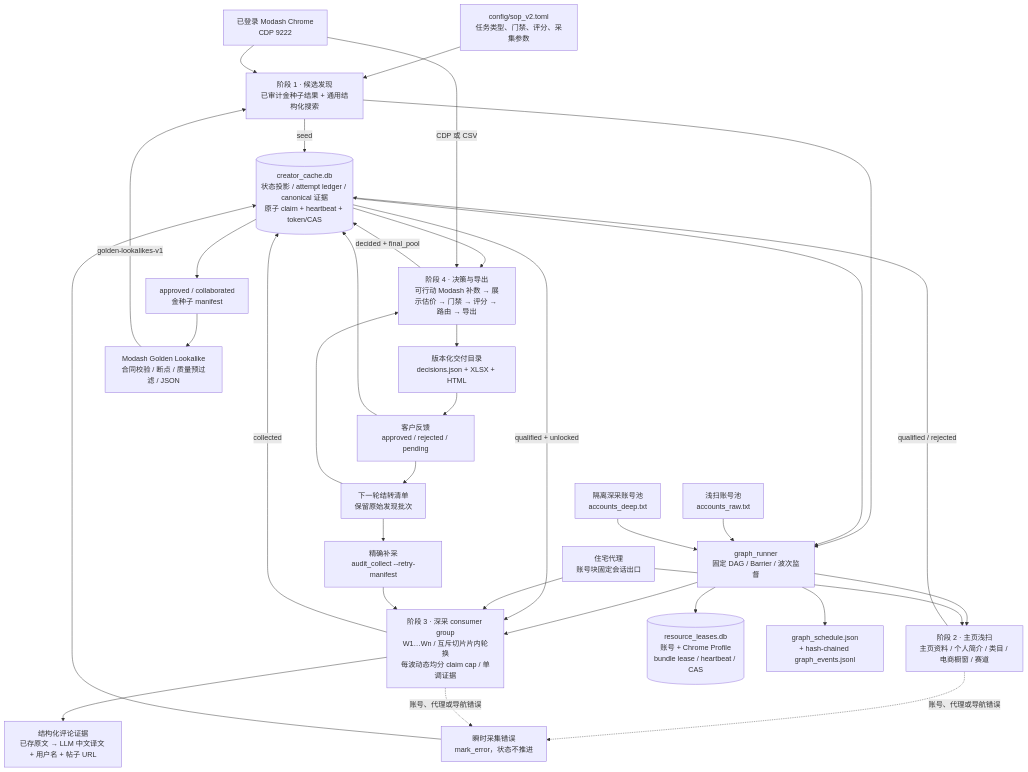
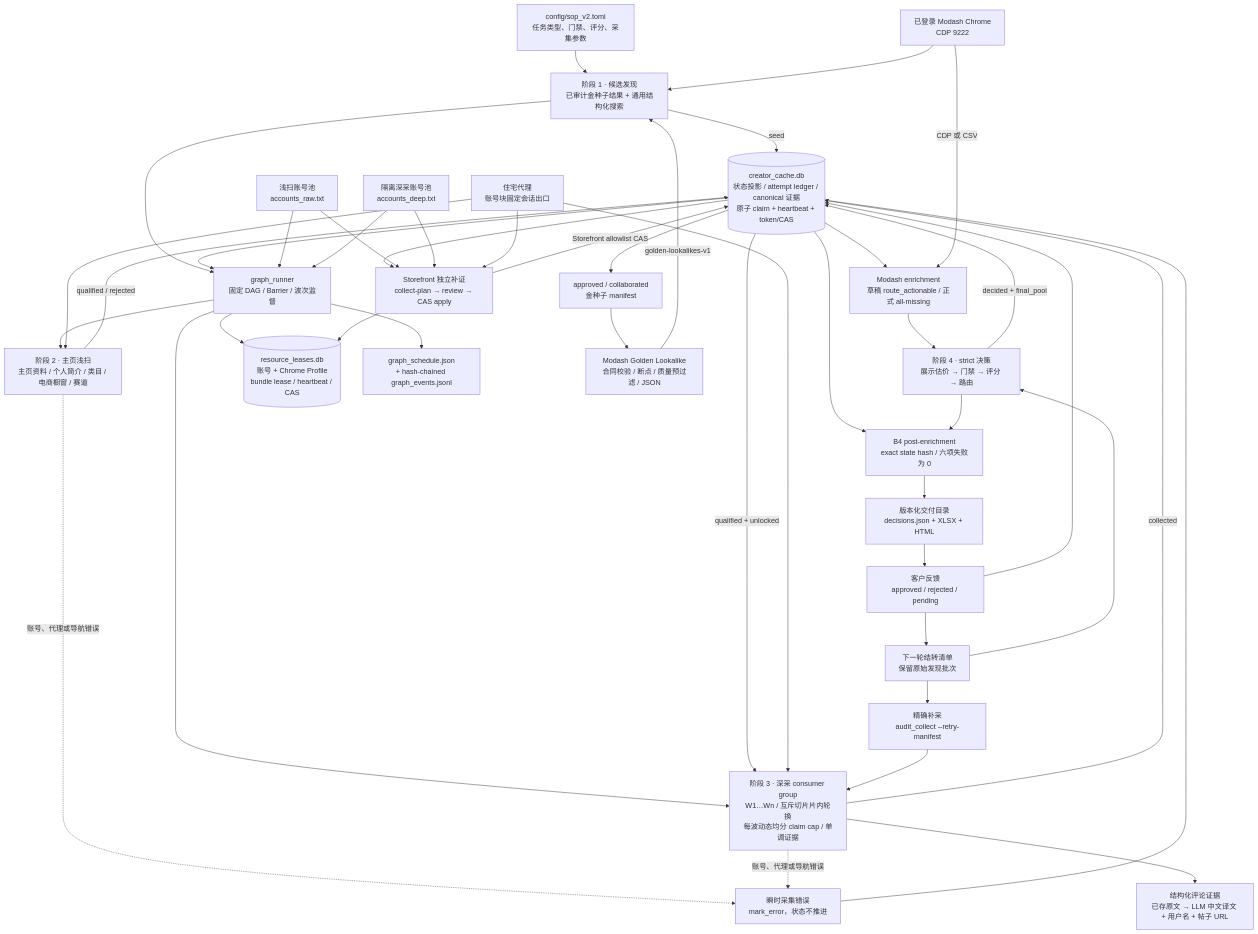
One commit to 2358841593-cell/ins--collector-ultimate changed the first of 3 diagrams in README.md. Above: the diagram before and after it, drawn with Mermaid. The commit also changed other lines of this file and 19 other files, not shown here.

````diff
--- a/README.md
+++ b/README.md
@@ -43,55 +45,67 @@
 ```mermaid
 flowchart TB
     CFG["config/sop_v2.toml<br/>任务类型、门禁、评分、采集参数"]
     MODASH["已登录 Modash Chrome<br/>CDP 9222"]
     SHALLOW_ACCOUNTS["浅扫账号池<br/>accounts_raw.txt"]
     DEEP_ACCOUNTS["隔离深采账号池<br/>accounts_deep.txt"]
     PROXY["住宅代理<br/>账号块固定会话出口"]
 
     S1["阶段 1 · 候选发现<br/>已审计金种子结果 + 通用结构化搜索"]
     GRAPH["graph_runner<br/>固定 DAG / Barrier / 波次监督"]
     S2["阶段 2 · 主页浅扫<br/>主页资料 / 个人简介 / 类目 / 电商橱窗 / 赛道"]
     S3["阶段 3 · 深采 consumer group<br/>W1…Wn / 互斥切片片内轮换<br/>每波动态均分 claim cap / 单调证据"]
-    S4["阶段 4 · 决策与导出<br/>可行动 Modash 补数 → 展示估价 → 门禁 → 评分 → 路由 → 导出"]
+    SF["Storefront 独立补证<br/>collect-plan → review → CAS apply"]
+    MENRICH["Modash enrichment<br/>草稿 route_actionable / 正式 all-missing"]
+    S4["阶段 4 · strict 决策<br/>展示估价 → 门禁 → 评分 → 路由"]
+    B4["B4 post-enrichment<br/>exact state hash / 六项失败为 0"]
 
     DB[("creator_cache.db<br/>状态投影 / attempt ledger / canonical 证据<br/>原子 claim + heartbeat + token/CAS")]
     LEASE[("resource_leases.db<br/>账号 + Chrome Profile<br/>bundle lease / heartbeat / CAS")]
     AUDIT["graph_schedule.json<br/>+ hash-chained graph_events.jsonl"]
     ERR["瞬时采集错误<br/>mark_error，状态不推进"]
     EVIDENCE["结构化评论证据<br/>已存原文 → LLM 中文译文 + 用户名 + 帖子 URL"]
     OUT["版本化交付目录<br/>decisions.json + XLSX + HTML"]
     FEEDBACK["客户反馈<br/>approved / rejected / pending"]
     CARRY["下一轮结转清单<br/>保留原始发现批次"]
     RETRY["精确补采<br/>audit_collect --retry-manifest"]
     GOLDEN["approved / collaborated<br/>金种子 manifest"]
     GOLDEN_LA["Modash Golden Lookalike<br/>合同校验 / 断点 / 质量预过滤 / JSON"]
 
     CFG --> S1
     MODASH --> S1
     S1 -->|"seed"| DB
     S1 --> GRAPH
     DB --> GRAPH
     GRAPH --> S2
     GRAPH --> S3
     GRAPH --> LEASE
     GRAPH --> AUDIT
     SHALLOW_ACCOUNTS --> GRAPH
     DEEP_ACCOUNTS --> GRAPH
     PROXY --> S2
     S2 -->|"qualified / rejected"| DB
     DB -->|"qualified + unlocked"| S3
     PROXY --> S3
     S3 -->|"collected"| DB
     S3 --> EVIDENCE
-    DB --> S4
-    MODASH -->|"CDP 或 CSV"| S4
+    DB --> SF
+    SHALLOW_ACCOUNTS --> SF
+    DEEP_ACCOUNTS --> SF
+    PROXY --> SF
+    SF --> LEASE
+    SF -->|"Storefront allowlist CAS"| DB
+    DB --> MENRICH
+    MODASH -->|"CDP 或 CSV"| MENRICH
+    MENRICH --> S4
     S4 -->|"decided + final_pool"| DB
-    S4 --> OUT
+    DB --> B4
+    S4 --> B4
+    B4 --> OUT
     S2 -. "账号、代理或导航错误" .-> ERR
     S3 -. "账号、代理或导航错误" .-> ERR
     ERR --> DB
     OUT --> FEEDBACK --> DB
     FEEDBACK --> CARRY --> RETRY --> S3
     CARRY --> S4
     DB --> GOLDEN --> GOLDEN_LA -->|"golden-lookalikes-v1"| S1
 ```
````
